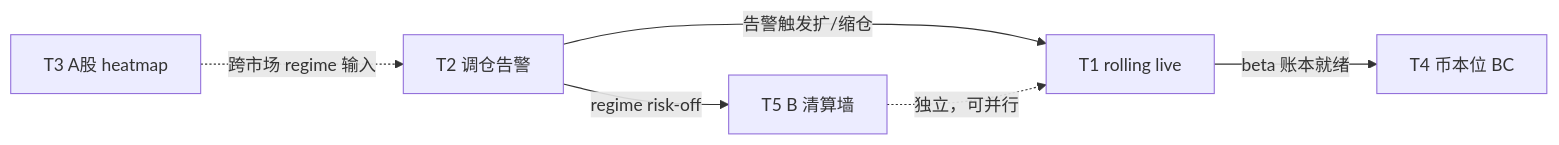
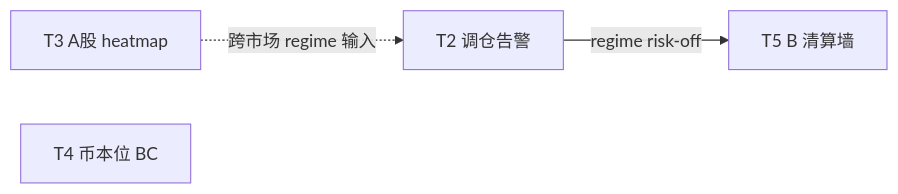
One commit to SnYang096/ml-trading-bot changed the diagram in docs/strategy/产品路线图_TODO优先级_CN.md. Above: the diagram before and after it, drawn with Mermaid. The commit also changed other lines of this file and 4 other files, not shown here.

First line of the commit message:
docs(roadmap): abandon T1 rolling + profit_satellite; focus T5 scan

````diff
--- a/docs/strategy/产品路线图_TODO优先级_CN.md
+++ b/docs/strategy/产品路线图_TODO优先级_CN.md
@@ -42,14 +46,10 @@
 ```mermaid
 flowchart LR
   T2[T2 调仓告警]
-  T1[T1 rolling live]
   T5[T5 B 清算墙]
   T3[T3 A股 heatmap]
   T4[T4 币本位 BC]
 
-  T2 -->|"告警触发扩/缩仓"| T1
   T2 -->|"regime risk-off"| T5
-  T1 -->|"beta 账本就绪"| T4
   T3 -.->|"跨市场 regime 输入"| T2
-  T5 -.->|"独立，可并行"| T1
 ```
````
